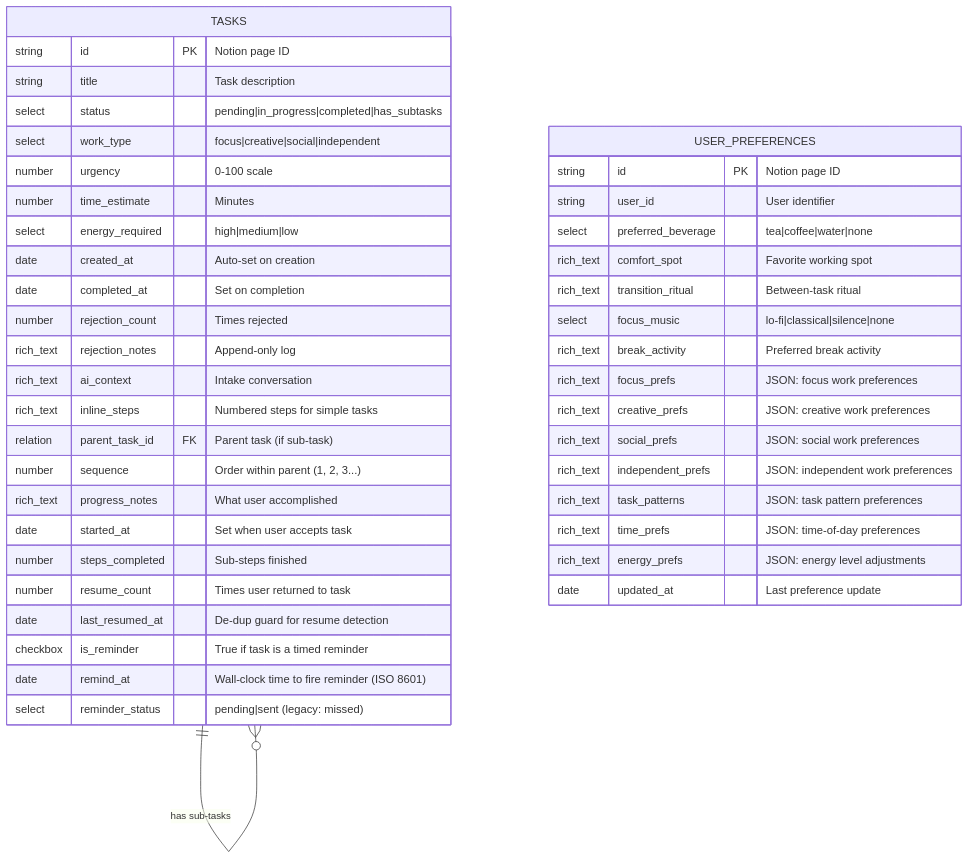
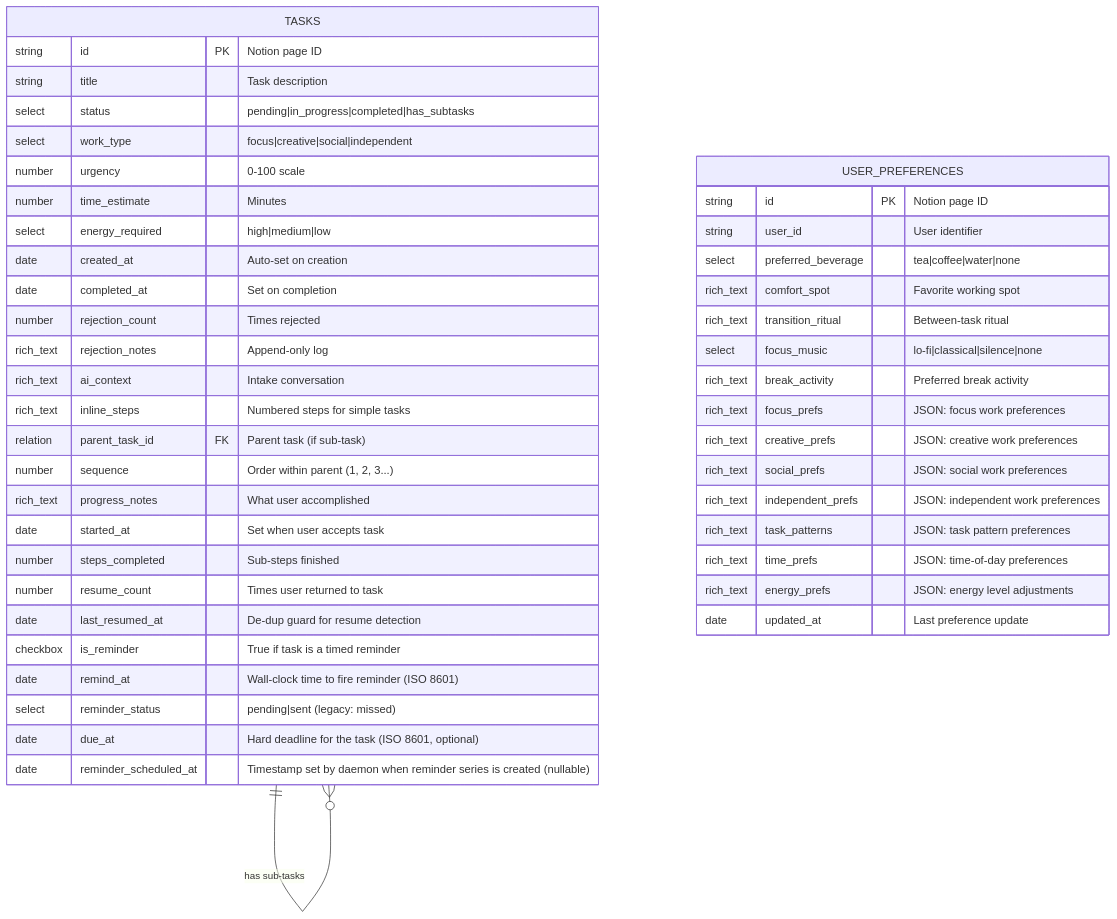
Before and after one commit to NickBorgersProbably/hide-my-list: the first of 18 diagrams in docs/notion-schema.md, drawn with Mermaid. The commit also changed other lines of this file and 4 other files, not shown here.

First line of the commit message:
feat(notion): add Due At + Reminder Scheduled At plumbing (#594)

````diff
--- a/docs/notion-schema.md
+++ b/docs/notion-schema.md
@@ -14,48 +14,50 @@
 ```mermaid
 erDiagram
     TASKS {
         string id PK "Notion page ID"
         string title "Task description"
         select status "pending|in_progress|completed|has_subtasks"
         select work_type "focus|creative|social|independent"
         number urgency "0-100 scale"
         number time_estimate "Minutes"
         select energy_required "high|medium|low"
         date created_at "Auto-set on creation"
         date completed_at "Set on completion"
         number rejection_count "Times rejected"
         rich_text rejection_notes "Append-only log"
         rich_text ai_context "Intake conversation"
         rich_text inline_steps "Numbered steps for simple tasks"
         relation parent_task_id FK "Parent task (if sub-task)"
         number sequence "Order within parent (1, 2, 3...)"
         rich_text progress_notes "What user accomplished"
         date started_at "Set when user accepts task"
         number steps_completed "Sub-steps finished"
         number resume_count "Times user returned to task"
         date last_resumed_at "De-dup guard for resume detection"
         checkbox is_reminder "True if task is a timed reminder"
         date remind_at "Wall-clock time to fire reminder (ISO 8601)"
         select reminder_status "pending|sent (legacy: missed)"
+        date due_at "Hard deadline for the task (ISO 8601, optional)"
+        date reminder_scheduled_at "Timestamp set by daemon when reminder series is created (nullable)"
     }
 
     USER_PREFERENCES {
         string id PK "Notion page ID"
         string user_id "User identifier"
         select preferred_beverage "tea|coffee|water|none"
         rich_text comfort_spot "Favorite working spot"
         rich_text transition_ritual "Between-task ritual"
         select focus_music "lo-fi|classical|silence|none"
         rich_text break_activity "Preferred break activity"
         rich_text focus_prefs "JSON: focus work preferences"
         rich_text creative_prefs "JSON: creative work preferences"
         rich_text social_prefs "JSON: social work preferences"
         rich_text independent_prefs "JSON: independent work preferences"
         rich_text task_patterns "JSON: task pattern preferences"
         rich_text time_prefs "JSON: time-of-day preferences"
         rich_text energy_prefs "JSON: energy level adjustments"
         date updated_at "Last preference update"
     }
 
     TASKS ||--o{ TASKS : "has sub-tasks"
 ```
````
